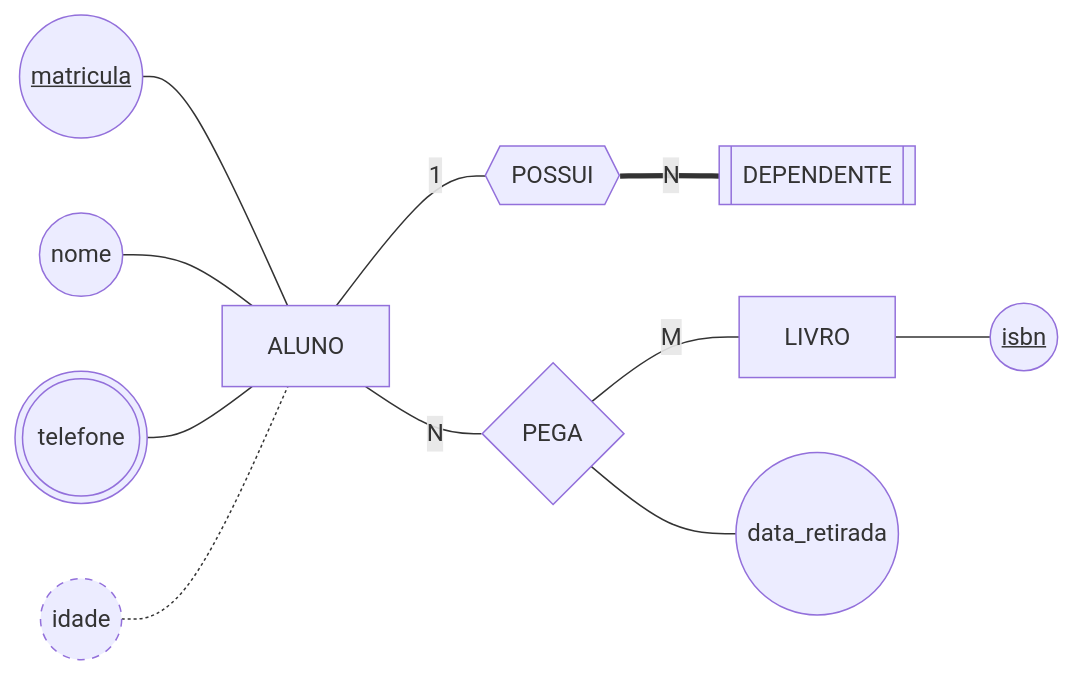
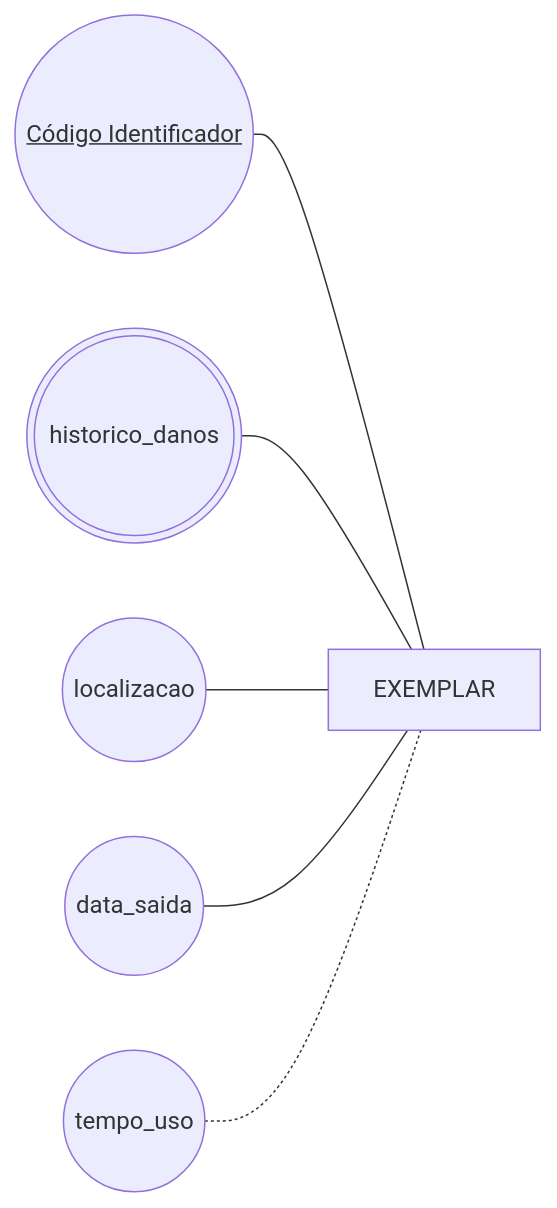
Before and after one commit to tigrupocred-sketch/exercicios-modelagem-dados: the diagram in ExerciciosBloco1/ex03.md, drawn with Mermaid. The commit also changed other lines of this file, not shown here.

Commit message:
EX3 Correto

````diff
--- a/ExerciciosBloco1/ex03.md
+++ b/ExerciciosBloco1/ex03.md
@@ -1,15 +7,8 @@
 ```mermaid
 flowchart LR
-    mat(("<u>matricula</u>")) --- ALUNO[ALUNO]
-    nome((nome)) --- ALUNO
-    tel(((telefone))) --- ALUNO
-    idade((idade)) -.- ALUNO
-    ALUNO ---|1| POSSUI{{POSSUI}}
-    POSSUI ===|N| DEP[[DEPENDENTE]]
-    ALUNO ---|N| PEGA{PEGA}
-    PEGA ---|M| LIVRO[LIVRO]
-    PEGA --- dt((data_retirada))
-    LIVRO --- isbn(("<u>isbn</u>"))
-    classDef derivado stroke-dasharray: 5 5
-    class idade derivado
+mat(("<u>Código Identificador </u>")) --- EXEMPLAR[EXEMPLAR]
+hist(((historico_danos))) --- EXEMPLAR
+loc((localizacao)) --- EXEMPLAR
+data_s((data_saida)) --- EXEMPLAR
+tempo((tempo_uso)) -.- EXEMPLAR
 ```
````
